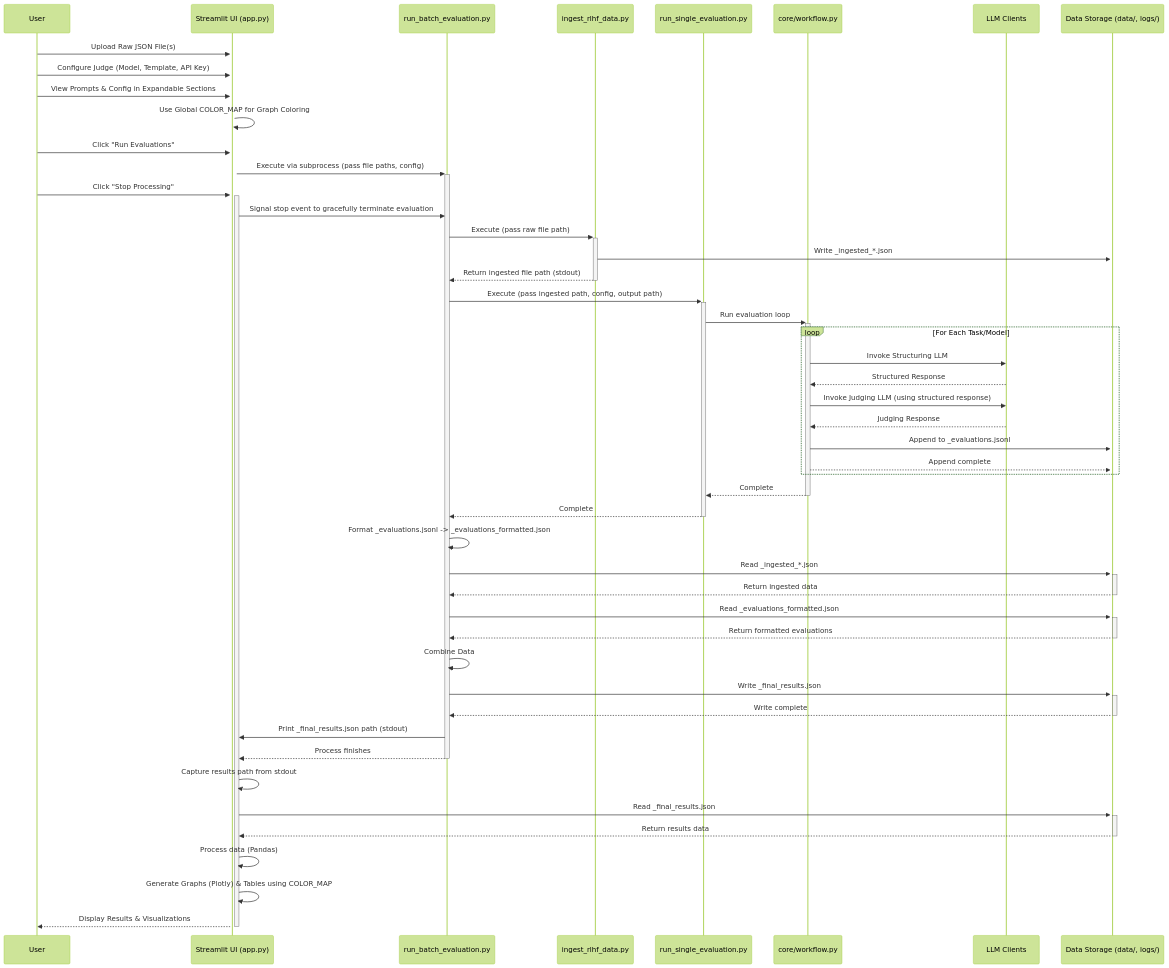
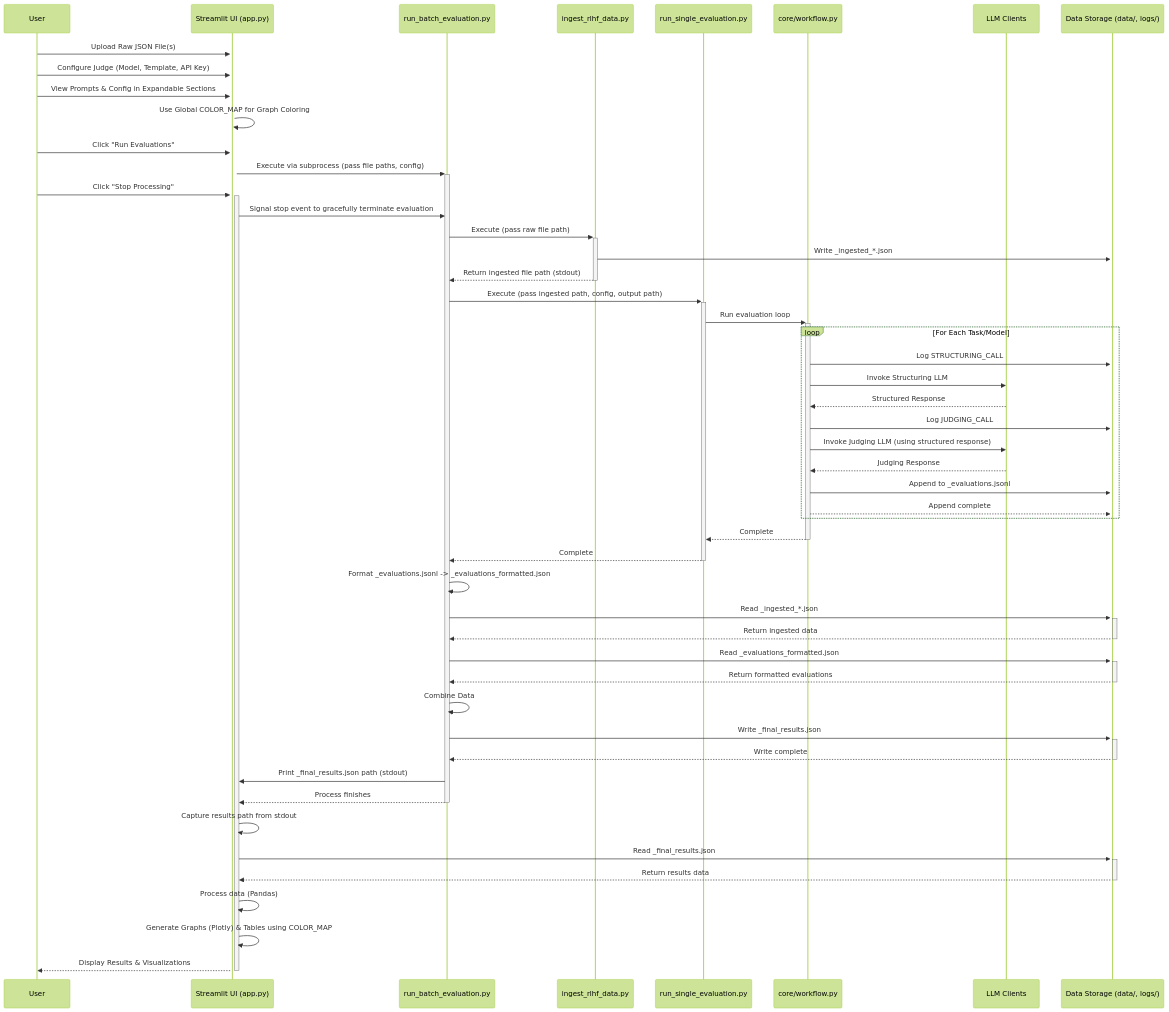
Before and after one commit to Mathews-Tom/CogniBench: the second of 2 diagrams in docs/overview.md, drawn with Mermaid (forest theme). The commit also changed other lines of this file and 1 other file, not shown here.

````diff
--- a/docs/overview.md
+++ b/docs/overview.md
@@ -98,58 +98,60 @@
 ```mermaid
 sequenceDiagram
     participant User
     participant UI as Streamlit UI (app.py)
     participant BatchScript as run_batch_evaluation.py
     participant IngestScript as ingest_rlhf_data.py
     participant EvalScript as run_single_evaluation.py
     participant CoreWorkflow as core/workflow.py
     participant LLMClient as LLM Clients
     participant DataStore as Data Storage (data/, logs/)
 
     User->>+UI: Upload Raw JSON File(s)
     User->>UI: Configure Judge (Model, Template, API Key)
     User->>UI: View Prompts & Config in Expandable Sections
     UI->>UI: Use Global COLOR_MAP for Graph Coloring
     User->>+UI: Click "Run Evaluations"
     UI->>+BatchScript: Execute via subprocess (pass file paths, config)
     User->>+UI: Click "Stop Processing"
     UI->>BatchScript: Signal stop event to gracefully terminate evaluation
 
     BatchScript->>+IngestScript: Execute (pass raw file path)
     IngestScript->>+DataStore: Write _ingested_*.json
     IngestScript-->>-BatchScript: Return ingested file path (stdout)
 
     BatchScript->>+EvalScript: Execute (pass ingested path, config, output path)
     EvalScript->>+CoreWorkflow: Run evaluation loop
 
     loop For Each Task/Model
+        CoreWorkflow->>DataStore: Log STRUCTURING_CALL
         CoreWorkflow->>LLMClient: Invoke Structuring LLM
         LLMClient-->>CoreWorkflow: Structured Response
+        CoreWorkflow->>DataStore: Log JUDGING_CALL
         CoreWorkflow->>LLMClient: Invoke Judging LLM (using structured response)
         LLMClient-->>CoreWorkflow: Judging Response
         CoreWorkflow->>DataStore: Append to _evaluations.jsonl
         CoreWorkflow-->>DataStore: Append complete
     end
 
     CoreWorkflow-->>-EvalScript: Complete
     EvalScript-->>-BatchScript: Complete
 
     BatchScript->>BatchScript: Format _evaluations.jsonl -> _evaluations_formatted.json
     BatchScript->>+DataStore: Read _ingested_*.json
     DataStore-->>-BatchScript: Return ingested data
     BatchScript->>+DataStore: Read _evaluations_formatted.json
     DataStore-->>-BatchScript: Return formatted evaluations
     BatchScript->>BatchScript: Combine Data
     BatchScript->>+DataStore: Write _final_results.json
     DataStore-->>-BatchScript: Write complete
 
     BatchScript->>UI: Print _final_results.json path (stdout)
     BatchScript-->>-UI: Process finishes
     UI->>UI: Capture results path from stdout
 
     UI->>+DataStore: Read _final_results.json
     DataStore-->>-UI: Return results data
     UI->>UI: Process data (Pandas)
     UI->>UI: Generate Graphs (Plotly) & Tables using COLOR_MAP
     UI-->>-User: Display Results & Visualizations
 ```
````
